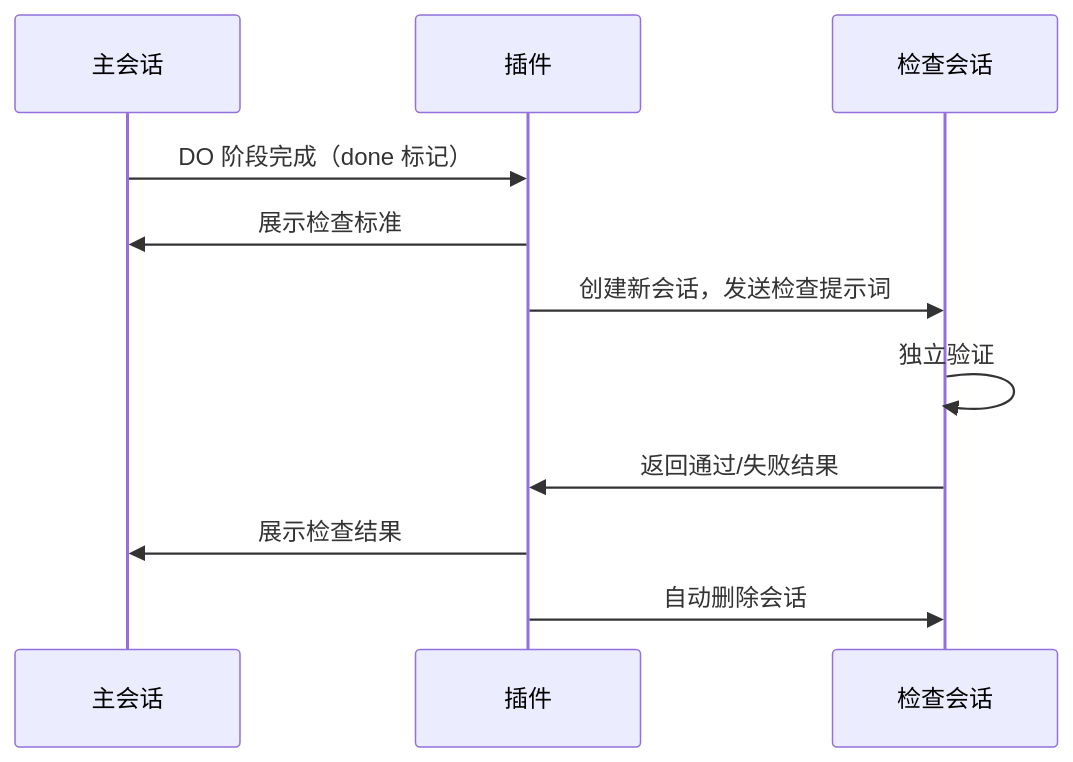
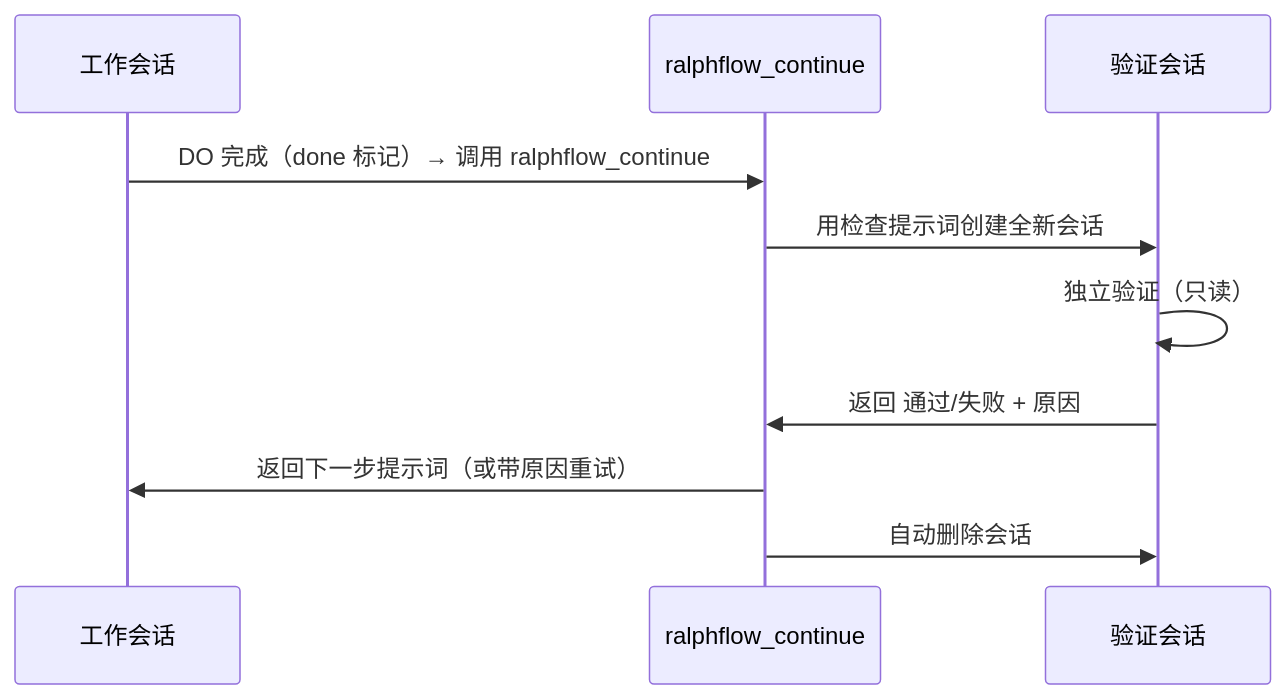
Before and after one commit to 534529531/ralph-flow: the second of 3 diagrams in docs/how-it-works_CN.md, drawn with Mermaid. The commit also changed other lines of this file and 65 other files, not shown here.

First line of the commit message:
feat: v2 — full parity with the Claude Code plugin, mirrored architecture

````diff
--- a/docs/how-it-works_CN.md
+++ b/docs/how-it-works_CN.md
@@ -51,14 +56,13 @@
 ```mermaid
 sequenceDiagram
-    participant Main as 主会话
-    participant Plugin as 插件
-    participant Check as 检查会话
+    participant Main as 工作会话
+    participant Tool as ralphflow_continue
+    participant Check as 验证会话
 
-    Main->>Plugin: DO 阶段完成（done 标记）
-    Plugin->>Main: 展示检查标准
-    Plugin->>Check: 创建新会话，发送检查提示词
-    Check->>Check: 独立验证
-    Check->>Plugin: 返回通过/失败结果
-    Plugin->>Main: 展示检查结果
-    Plugin->>Check: 自动删除会话
+    Main->>Tool: DO 完成（done 标记）→ 调用 ralphflow_continue
+    Tool->>Check: 用检查提示词创建全新会话
+    Check->>Check: 独立验证（只读）
+    Check->>Tool: 返回 通过/失败 + 原因
+    Tool->>Main: 返回下一步提示词（或带原因重试）
+    Tool->>Check: 自动删除会话
 ```
````
